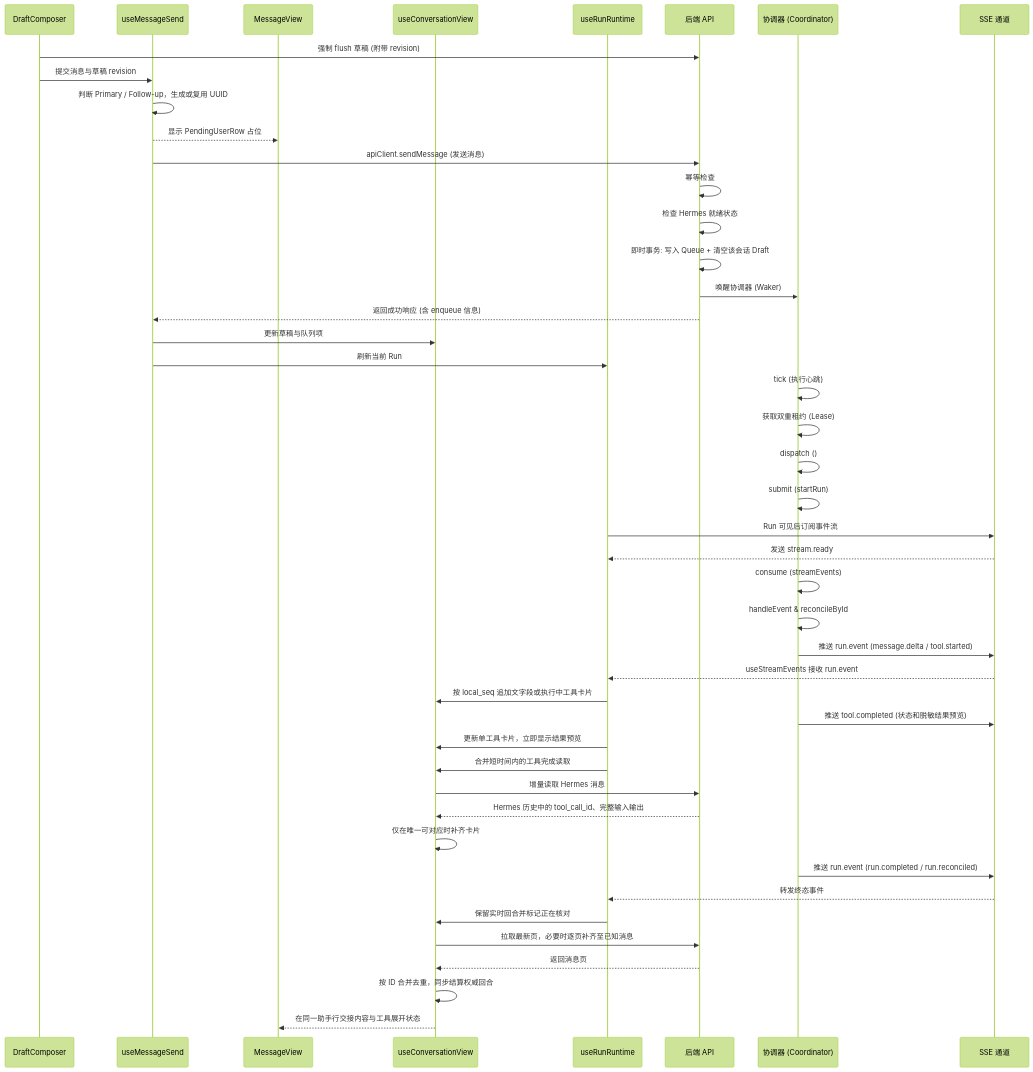
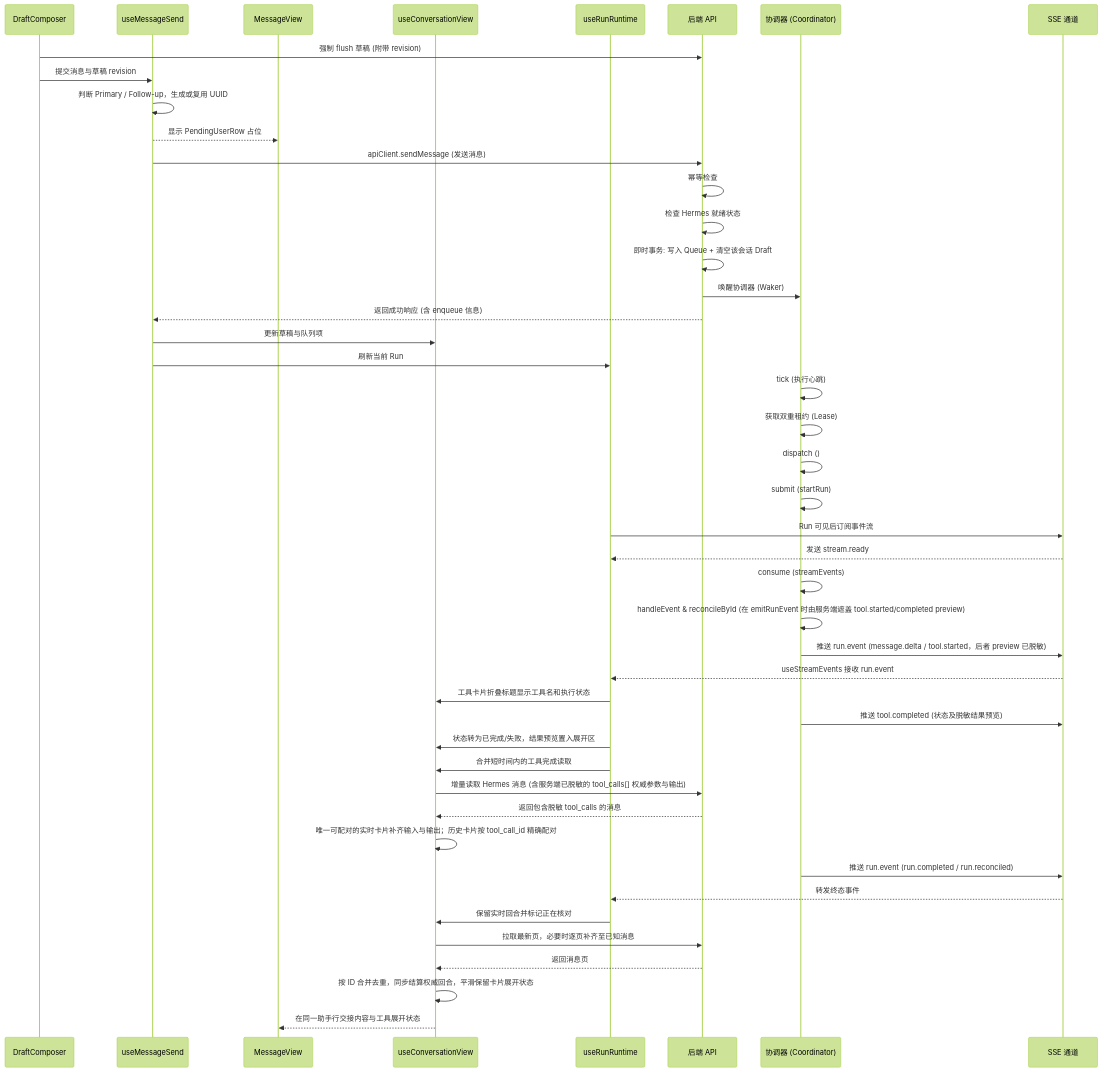
Before and after one commit to ermu03/emu-chat: the first of 7 diagrams in docs/07-data-flow.md, drawn with Mermaid (forest theme). The commit also changed 21 other files, not shown here.

````diff
--- a/docs/07-data-flow.md
+++ b/docs/07-data-flow.md
@@ -9,51 +9,51 @@
 ```mermaid
 sequenceDiagram
     participant Composer as DraftComposer
     participant Send as useMessageSend
     participant Messages as MessageView
     participant View as useConversationView
     participant Runtime as useRunRuntime
     participant API as 后端 API
     participant Coord as 协调器 (Coordinator)
     participant SSE as SSE 通道
 
     Composer->>API: 强制 flush 草稿 (附带 revision)
     Composer->>Send: 提交消息与草稿 revision
     Send->>Send: 判断 Primary / Follow-up，生成或复用 UUID
     Send-->>Messages: 显示 PendingUserRow 占位
     Send->>API: apiClient.sendMessage (发送消息)
     
     API->>API: 幂等检查
     API->>API: 检查 Hermes 就绪状态
     API->>API: 即时事务: 写入 Queue + 清空该会话 Draft
     API->>Coord: 唤醒协调器 (Waker)
     API-->>Send: 返回成功响应 (含 enqueue 信息)
     Send->>View: 更新草稿与队列项
     Send->>Runtime: 刷新当前 Run
 
     Coord->>Coord: tick (执行心跳)
     Coord->>Coord: 获取双重租约 (Lease)
     Coord->>Coord: dispatch ()
     Coord->>Coord: submit (startRun)
     Runtime->>SSE: Run 可见后订阅事件流
     SSE-->>Runtime: 发送 stream.ready
     Coord->>Coord: consume (streamEvents)
-    Coord->>Coord: handleEvent & reconcileById
+    Coord->>Coord: handleEvent & reconcileById (在 emitRunEvent 时由服务端遮盖 tool.started/completed preview)
 
-    Coord->>SSE: 推送 run.event (message.delta / tool.started)
+    Coord->>SSE: 推送 run.event (message.delta / tool.started，后者 preview 已脱敏)
     SSE-->>Runtime: useStreamEvents 接收 run.event
-    Runtime->>View: 按 local_seq 追加文字段或执行中工具卡片
-    Coord->>SSE: 推送 tool.completed (状态和脱敏结果预览)
-    Runtime->>View: 更新单工具卡片，立即显示结果预览
+    Runtime->>View: 工具卡片折叠标题显示工具名和执行状态
+    Coord->>SSE: 推送 tool.completed (状态及脱敏结果预览)
+    Runtime->>View: 状态转为已完成/失败，结果预览置入展开区
     Runtime->>View: 合并短时间内的工具完成读取
-    View->>API: 增量读取 Hermes 消息
-    API-->>View: Hermes 历史中的 tool_call_id、完整输入输出
-    View->>View: 仅在唯一可对应时补齐卡片
+    View->>API: 增量读取 Hermes 消息 (含服务端已脱敏的 tool_calls[] 权威参数与输出)
+    API-->>View: 返回包含脱敏 tool_calls 的消息
+    View->>View: 唯一可配对的实时卡片补齐输入与输出；历史卡片按 tool_call_id 精确配对
     Coord->>SSE: 推送 run.event (run.completed / run.reconciled)
     SSE-->>Runtime: 转发终态事件
     Runtime->>View: 保留实时回合并标记正在核对
     View->>API: 拉取最新页，必要时逐页补齐至已知消息
     API-->>View: 返回消息页
-    View->>View: 按 ID 合并去重，同步结算权威回合
+    View->>View: 按 ID 合并去重，同步结算权威回合，平滑保留卡片展开状态
     View-->>Messages: 在同一助手行交接内容与工具展开状态
 ```
````
